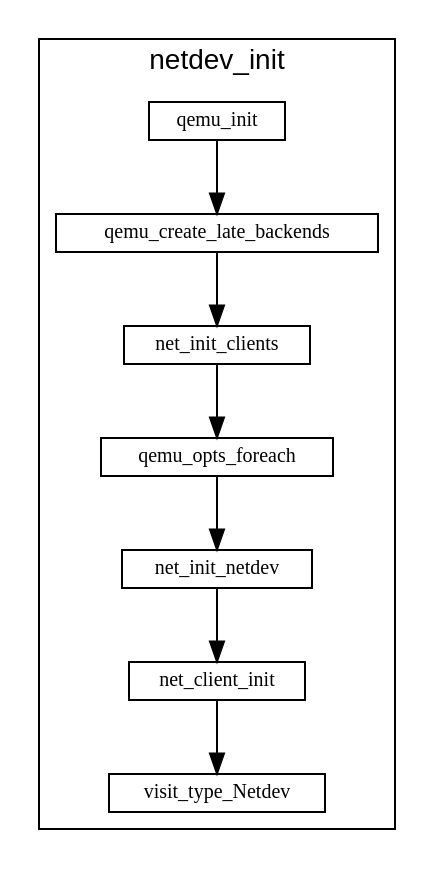
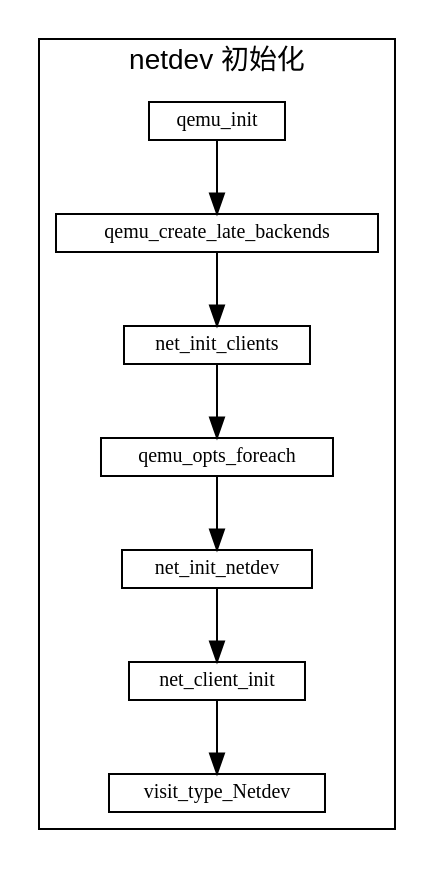
The diagram in qemu/qemu vhost_user的初始化逻辑.md (sisyphus1212/note), drawn with Graphviz before and after one commit.

Commit message:
auto_update

````diff
--- a/qemu/qemu vhost_user的初始化逻辑.md
+++ b/qemu/qemu vhost_user的初始化逻辑.md
@@ -13,20 +13,20 @@
 ```graphviz
 digraph {
 fontname="Helvetica,Arial,sans-serif"
 //node [fontname="Helvetica,Arial,sans-serif"]
 //edge [fontname="Helvetica,Arial,sans-serif"]
 //rankdir="LR"
 node [fontsize=10, shape=record, height=0.25]
 edge [fontsize=10]
   subgraph netdev_init {
-    label="netdev_init";
+    label="netdev 初始化";
     cluster=true;
     qemu_init -> qemu_create_late_backends
               -> net_init_clients
               -> qemu_opts_foreach
               -> net_init_netdev
               -> net_client_init
               -> visit_type_Netdev
   }
 }
 ```
````
